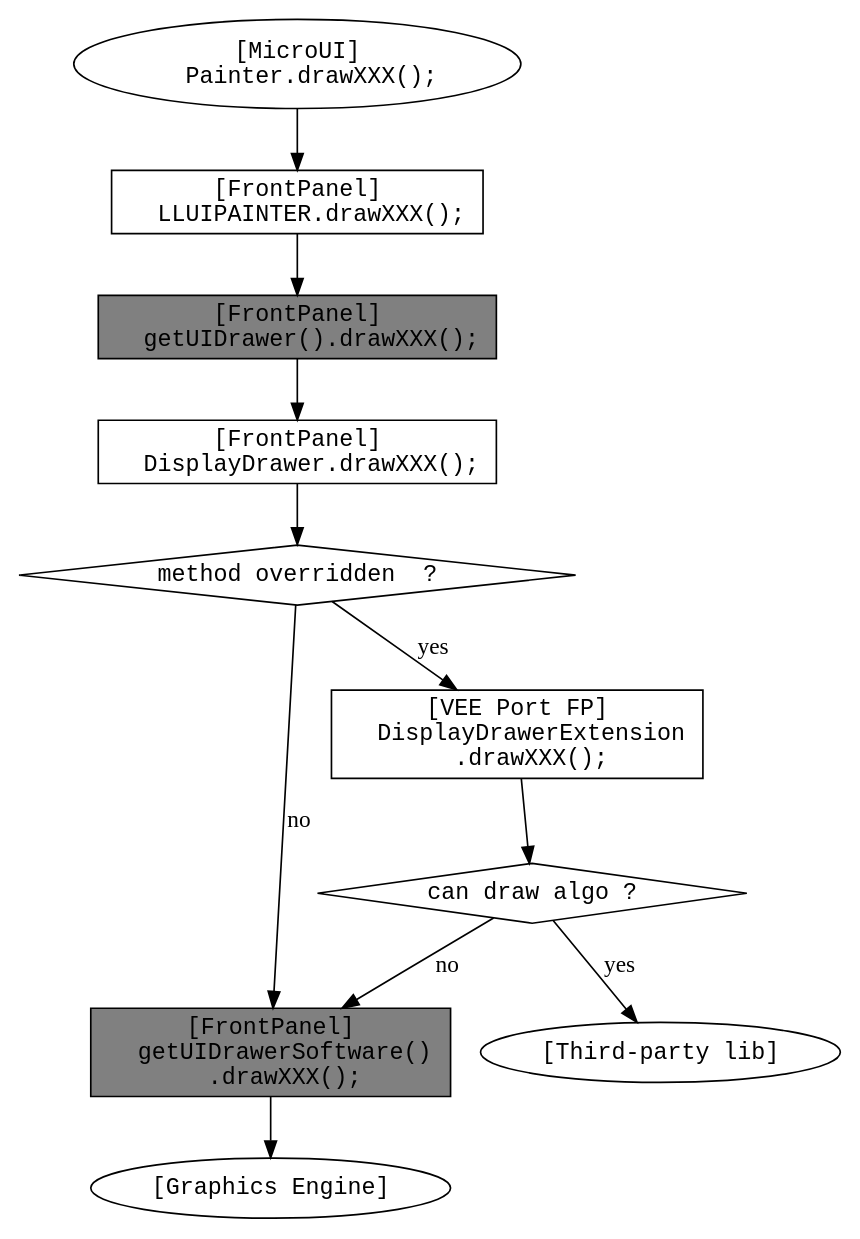
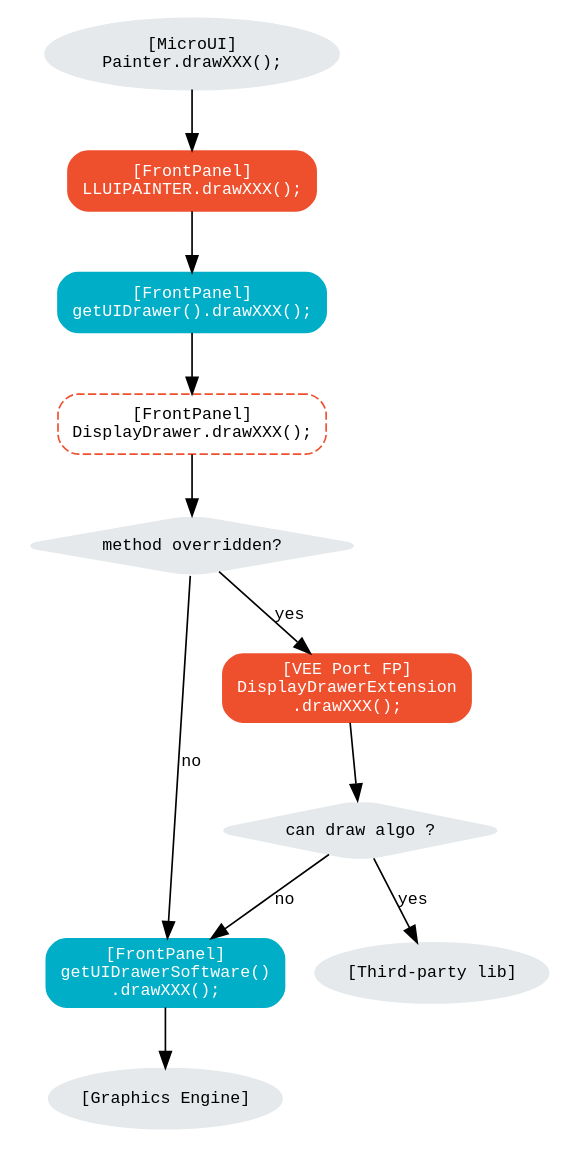
The fourth of 4 diagrams in VEEPortingGuide/uiDrawings.rst (MicroEJ/docs), drawn with Graphviz before and after one commit. The commit also changed other lines of this file, not shown here.

Commit message:
Update graphs in Drawings section.

```diff
--- a/VEEPortingGuide/uiDrawings.rst
+++ b/VEEPortingGuide/uiDrawings.rst
@@ -450,41 +472,49 @@
 .. graphviz::
    
    digraph {
       ratio="auto"
       splines="true";
-      node [style=filled fillcolor=white shape=rectangle fontname=monospace fontcolor=black width=3];
+      node [style="filled,rounded" fontname="monospace" fontsize="10"];
+      
+      { //in/out
+         node [shape="ellipse" color="#e5e9eb" fontcolor="black"] mui, UID_soft_c, UID_gpu_hard
+      }
+      { // h
+         node [shape="box" color="#00aec7" fontcolor="white"] UID_h, UID_soft_h
+      }
+      { // c
+         node [shape="box" color="#ee502e" fontcolor="white"] LLUI_c, UID_gpu_c
+      }
+      { // weak
+         node [shape="box" style="dashed,rounded" color="#ee502e"] UID_weak_c
+      }
+      { // choice
+         node [shape="diamond" color="#e5e9eb"] UID_cond, UID_gpu_cond
+      }
          
       // --- SIMPLE FLOW ELEMENTS -- //
 
-      mui [label="[MicroUI]
-      Painter.drawXXX();" shape=ellipse] 
-      LLUI_c [label="[FrontPanel]
-      LLUIPAINTER.drawXXX();"]
-      UID_h [label="[FrontPanel]
-      getUIDrawer().drawXXX();" fillcolor=gray]
-      UID_weak_c [label="[FrontPanel]
-      DisplayDrawer.drawXXX();"]
-      UID_soft_h [label="[FrontPanel]
-      getUIDrawerSoftware()
-      .drawXXX();" fillcolor=gray]
-      UID_soft_c [label="[Graphics Engine]" shape=ellipse]
+      mui [label="[MicroUI]\nPainter.drawXXX();"] 
+      LLUI_c [label="[FrontPanel]\nLLUIPAINTER.drawXXX();"]
+      UID_h [label="[FrontPanel]\ngetUIDrawer().drawXXX();"]
+      UID_weak_c [label="[FrontPanel]\nDisplayDrawer.drawXXX();"]
+      UID_soft_h [label="[FrontPanel]\ngetUIDrawerSoftware()\n.drawXXX();"]
+      UID_soft_c [label="[Graphics Engine]"]
 
       // --- GPU FLOW ELEMENTS -- //
 
-      UID_cond [label="method overridden  ?" shape=diamond]
-      UID_gpu_c [label="[VEE Port FP]
-      DisplayDrawerExtension
-      .drawXXX();"]
-      UID_gpu_cond [label="can draw algo ?" shape=diamond]
-      UID_gpu_hard [label="[Third-party lib]" shape=ellipse]
+      UID_cond [label="method overridden?"]
+      UID_gpu_c [label="[VEE Port FP]\nDisplayDrawerExtension\n.drawXXX();"]
+      UID_gpu_cond [label="can draw algo ?"]
+      UID_gpu_hard [label="[Third-party lib]"]
 
       // --- FLOW -- //
 
       mui->LLUI_c->UID_h->UID_weak_c->UID_cond
-      UID_cond->UID_soft_h [label="no"]
+      UID_cond->UID_soft_h [label="no" fontname="monospace" fontsize="10"]
       UID_soft_h->UID_soft_c
-      UID_cond->UID_gpu_c [label="yes"]
+      UID_cond->UID_gpu_c [label="yes" fontname="monospace" fontsize="10"]
       UID_gpu_c->UID_gpu_cond
-      UID_gpu_cond->UID_gpu_hard [label="yes"]
-      UID_gpu_cond->UID_soft_h [label="no"]
+      UID_gpu_cond->UID_gpu_hard [label="yes" fontname="monospace" fontsize="10"]
+      UID_gpu_cond->UID_soft_h [label="no" fontname="monospace" fontsize="10"]
    }
```
